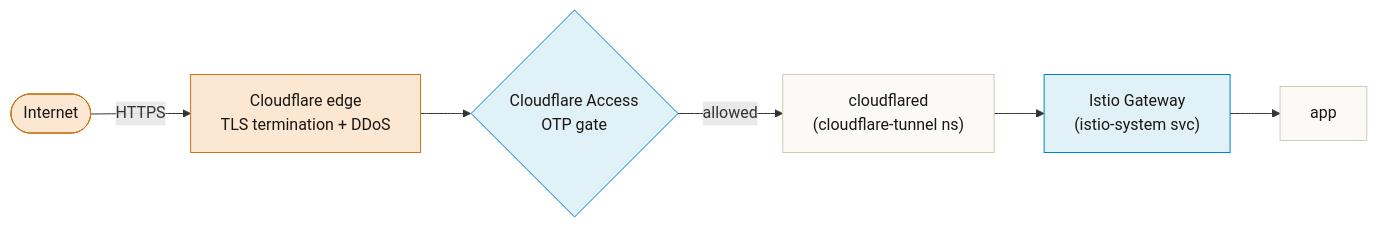
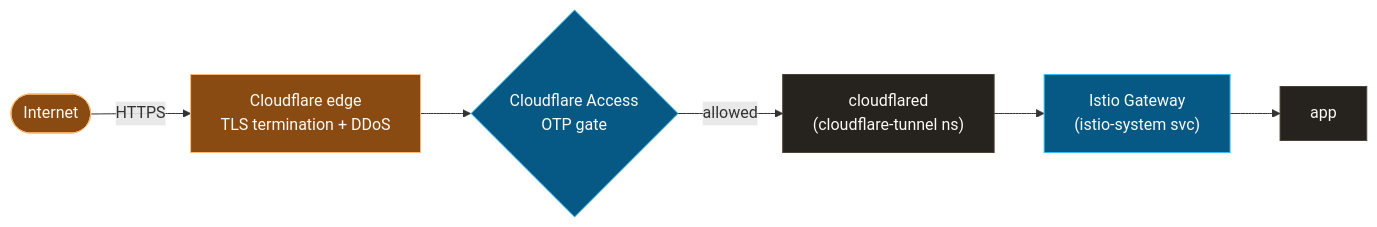
The diagram in kubernetes/network/cloudflare-tunnel/README.md (yu-min3/kensan-lab), drawn with Mermaid before and after one commit. The commit also changed 19 other files, not shown here.

First line of the commit message:
docs: アーキテクチャ図の light/dark 対応と mermaid のパネル化

````diff
--- a/kubernetes/network/cloudflare-tunnel/README.md
+++ b/kubernetes/network/cloudflare-tunnel/README.md
@@ -19,14 +19,15 @@
 ```mermaid
+%%{init: {"flowchart": {"htmlLabels": true}} }%%
 flowchart LR
     Net([Internet]) -->|HTTPS| CF["Cloudflare edge<br/>TLS termination + DDoS"]
     CF --> ACC{"Cloudflare Access<br/>OTP gate"}
     ACC -->|allowed| CFD["cloudflared<br/>(cloudflare-tunnel ns)"]
     CFD --> GW["Istio Gateway<br/>(istio-system svc)"]
     GW --> APP["app"]
 
-    classDef default fill:#FCFAF6,stroke:#D2C9B5,color:#1A1714
-    classDef ext fill:#FBE7D2,stroke:#C97516,color:#1A1714
-    classDef gate fill:#E0F1F8,stroke:#0284C7,color:#1A1714
+    classDef default fill:#26221D,stroke:#4A4232,color:#FCFAF6
+    classDef ext fill:#8A4B12,stroke:#FDBA74,color:#FCFAF6
+    classDef gate fill:#075985,stroke:#38BDF8,color:#FCFAF6
     class Net,CF ext
     class ACC,GW gate
 ```
````
